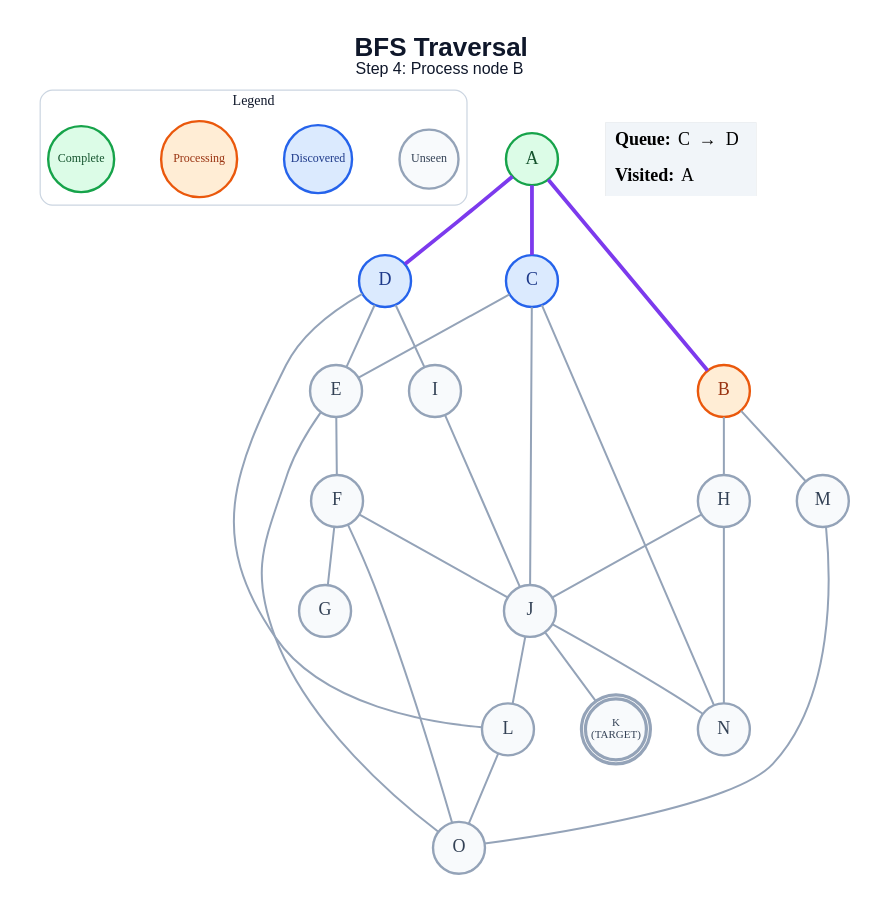
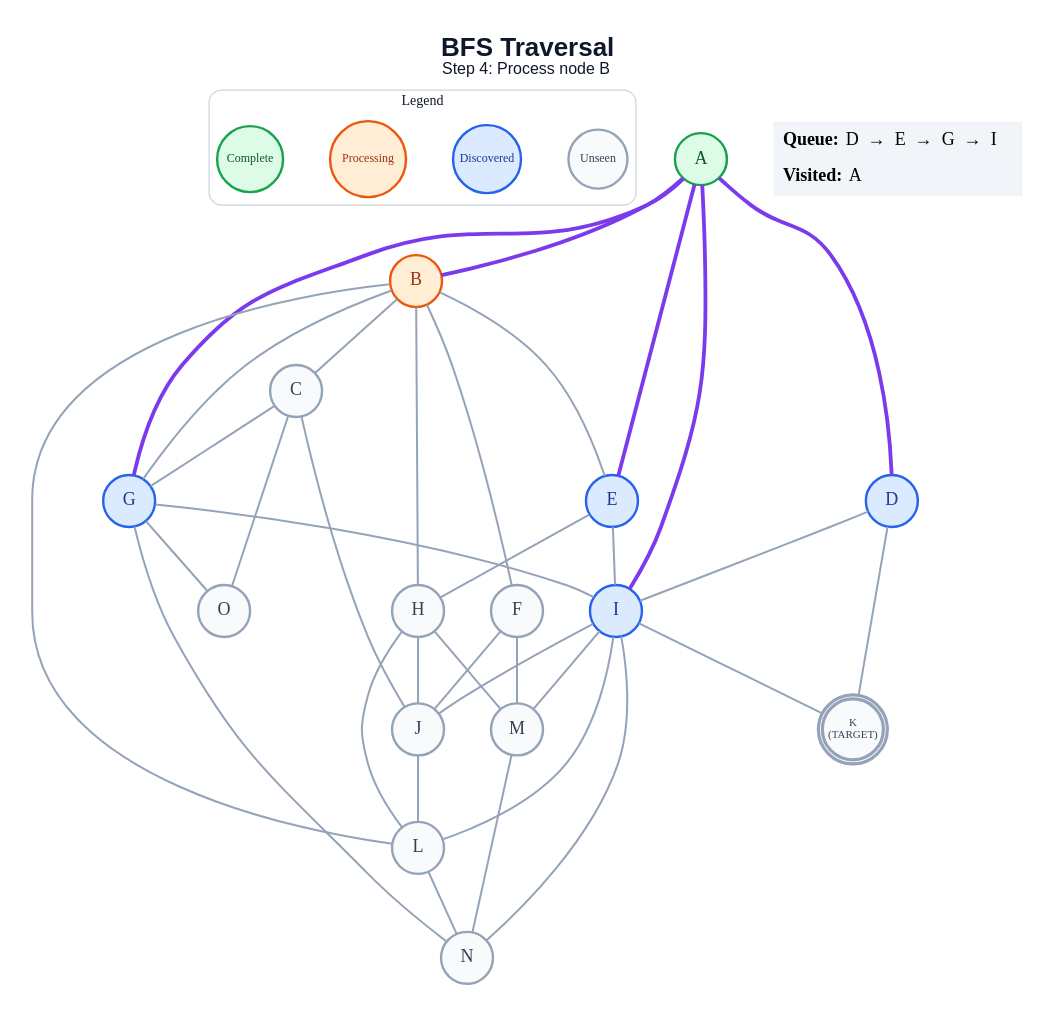
One commit to anon7238593-create/ai-slop changed the diagram in generated/bfs/step_04.dot. Above: the diagram before and after it, drawn with Graphviz. The commit also changed 313 other files, not shown here.

```diff
--- a/generated/bfs/step_04.dot
+++ b/generated/bfs/step_04.dot
@@ -1,58 +1,68 @@
 graph traversal {
   graph [layout=dot, rankdir=TB, bgcolor="#FFFFFF", pad="0.35", nodesep="0.65", ranksep="0.8", fontname="Arial"];
   node [shape=circle, style="filled", fontname="Arial Bold", fontsize=18, width=0.72, fixedsize=true, penwidth=2.4];
   edge [color="#94A3B8", penwidth=2.0];
   label=<<B>BFS Traversal</B><BR/><FONT POINT-SIZE="16">Step 4: Process node B</FONT>>; labelloc="t"; fontsize=26; fontname="Arial"; fontcolor="#0F172A";
   subgraph cluster_legend { label="Legend"; color="#CBD5E1"; penwidth=1.2; style="rounded"; fontsize=14; fontname="Arial Bold";
     key_unseen [label="Unseen", fillcolor="#F8FAFC", color="#94A3B8", fontcolor="#334155", fontsize=12, width=0.82];
     key_frontier [label="Discovered", fillcolor="#DBEAFE", color="#2563EB", fontcolor="#1E3A8A", fontsize=12, width=0.95];
     key_current [label="Processing", fillcolor="#FFEDD5", color="#EA580C", fontcolor="#9A3412", fontsize=12, width=1.05];
     key_done [label="Complete", fillcolor="#DCFCE7", color="#16A34A", fontcolor="#14532D", fontsize=12, width=0.92];
     { rank=same; key_unseen; key_frontier; key_current; key_done; }
   }
   A [label="A", fillcolor="#DCFCE7", color="#16A34A", fontcolor="#14532D", peripheries=1, penwidth=2.4];
   B [label="B", fillcolor="#FFEDD5", color="#EA580C", fontcolor="#9A3412", peripheries=1, penwidth=2.4];
-  C [label="C", fillcolor="#DBEAFE", color="#2563EB", fontcolor="#1E3A8A", peripheries=1, penwidth=2.4];
+  C [label="C", fillcolor="#F8FAFC", color="#94A3B8", fontcolor="#334155", peripheries=1, penwidth=2.4];
   D [label="D", fillcolor="#DBEAFE", color="#2563EB", fontcolor="#1E3A8A", peripheries=1, penwidth=2.4];
-  E [label="E", fillcolor="#F8FAFC", color="#94A3B8", fontcolor="#334155", peripheries=1, penwidth=2.4];
+  E [label="E", fillcolor="#DBEAFE", color="#2563EB", fontcolor="#1E3A8A", peripheries=1, penwidth=2.4];
   F [label="F", fillcolor="#F8FAFC", color="#94A3B8", fontcolor="#334155", peripheries=1, penwidth=2.4];
-  G [label="G", fillcolor="#F8FAFC", color="#94A3B8", fontcolor="#334155", peripheries=1, penwidth=2.4];
+  G [label="G", fillcolor="#DBEAFE", color="#2563EB", fontcolor="#1E3A8A", peripheries=1, penwidth=2.4];
   H [label="H", fillcolor="#F8FAFC", color="#94A3B8", fontcolor="#334155", peripheries=1, penwidth=2.4];
-  I [label="I", fillcolor="#F8FAFC", color="#94A3B8", fontcolor="#334155", peripheries=1, penwidth=2.4];
+  I [label="I", fillcolor="#DBEAFE", color="#2563EB", fontcolor="#1E3A8A", peripheries=1, penwidth=2.4];
   J [label="J", fillcolor="#F8FAFC", color="#94A3B8", fontcolor="#334155", peripheries=1, penwidth=2.4];
   K [label="K\n(TARGET)", fillcolor="#F8FAFC", color="#94A3B8", fontcolor="#334155", peripheries=2, penwidth=3.2, fontsize=11, width=0.85, height=0.85];
   L [label="L", fillcolor="#F8FAFC", color="#94A3B8", fontcolor="#334155", peripheries=1, penwidth=2.4];
   M [label="M", fillcolor="#F8FAFC", color="#94A3B8", fontcolor="#334155", peripheries=1, penwidth=2.4];
   N [label="N", fillcolor="#F8FAFC", color="#94A3B8", fontcolor="#334155", peripheries=1, penwidth=2.4];
   O [label="O", fillcolor="#F8FAFC", color="#94A3B8", fontcolor="#334155", peripheries=1, penwidth=2.4];
   A -- B [color="#7C3AED", penwidth=3.8];
-  A -- C [color="#7C3AED", penwidth=3.8];
   A -- D [color="#7C3AED", penwidth=3.8];
+  A -- E [color="#7C3AED", penwidth=3.8];
+  A -- G [color="#7C3AED", penwidth=3.8];
+  A -- I [color="#7C3AED", penwidth=3.8];
+  B -- C;
+  B -- E;
+  B -- F;
+  B -- G;
   B -- H;
-  B -- M;
-  C -- E;
+  B -- L;
+  C -- G;
   C -- J;
-  C -- N;
-  D -- E;
+  C -- O;
   D -- I;
-  D -- L;
-  E -- F;
-  E -- O;
-  F -- G;
+  D -- K;
+  E -- H;
+  E -- I;
   F -- J;
-  F -- O;
+  F -- M;
+  G -- I;
+  G -- N;
+  G -- O;
   H -- J;
-  H -- N;
+  H -- L;
+  H -- M;
   I -- J;
-  J -- K;
+  I -- K;
+  I -- L;
+  I -- M;
+  I -- N;
   J -- L;
-  J -- N;
-  L -- O;
-  M -- O;
+  L -- N;
+  M -- N;
   status [shape=plain, fixedsize=false, width=0, height=0, margin=0, label=<
     <TABLE BORDER="0" CELLBORDER="0" CELLPADDING="7" BGCOLOR="#F1F5F9">
-      <TR><TD ALIGN="LEFT"><B>Queue:</B> C  →  D</TD></TR>
+      <TR><TD ALIGN="LEFT"><B>Queue:</B> D  →  E  →  G  →  I</TD></TR>
       <TR><TD ALIGN="LEFT"><B>Visited:</B> A</TD></TR>
     </TABLE>
   >];
 }
```
